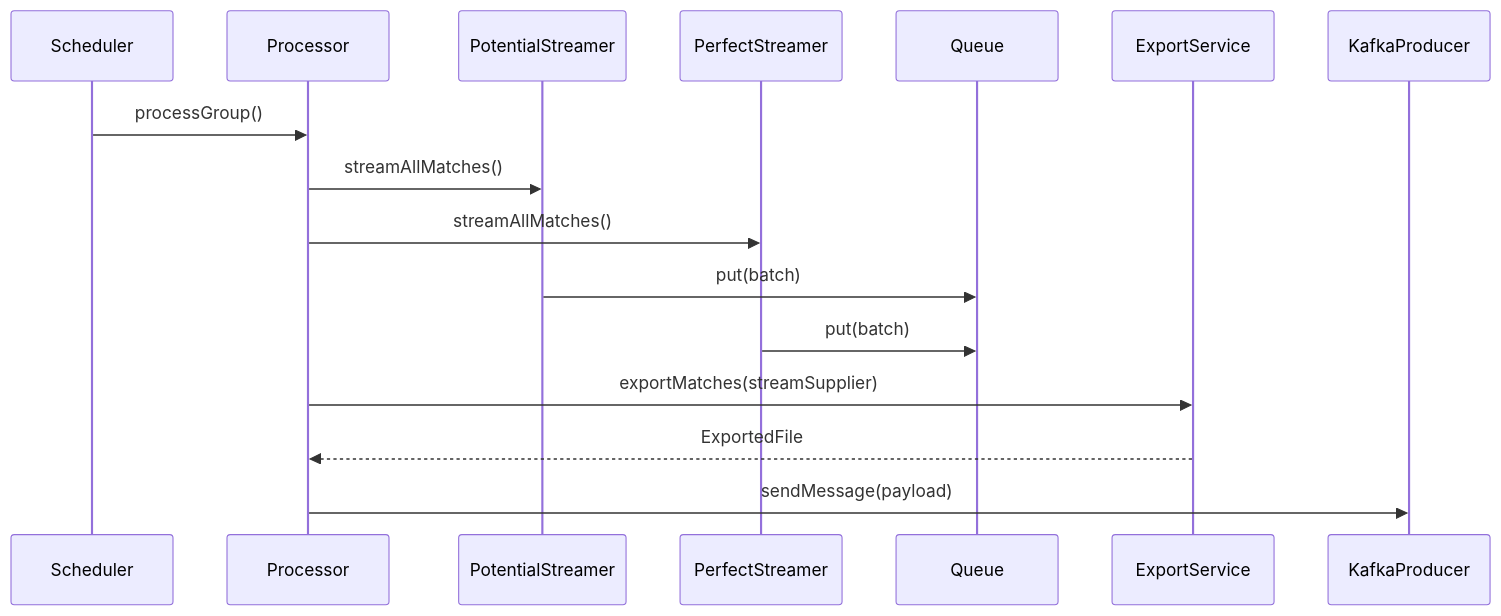
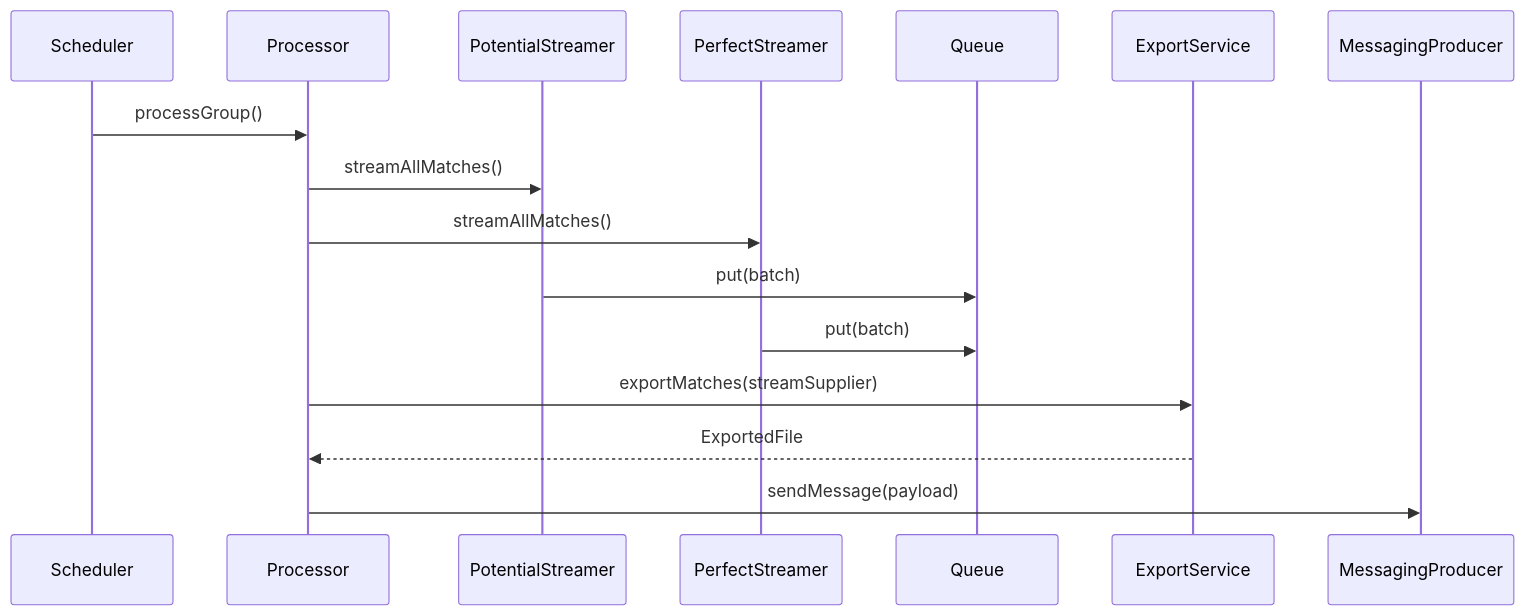
The ninth of 10 diagrams in docs/High Level Designs/MatchesTransfer.md (kagit00/schedule_x), drawn with Mermaid before and after one commit. The commit also changed other lines of this file and 7 other files, not shown here.

````diff
--- a/docs/High Level Designs/MatchesTransfer.md
+++ b/docs/High Level Designs/MatchesTransfer.md
@@ -307,19 +284,19 @@
 ```mermaid
 sequenceDiagram
     participant Scheduler
     participant Processor
     participant PotentialStreamer
     participant PerfectStreamer
     participant Queue
     participant ExportService
-    participant KafkaProducer
+    participant MessagingProducer
 
     Scheduler->>Processor: processGroup()
     Processor->>PotentialStreamer: streamAllMatches()
     Processor->>PerfectStreamer: streamAllMatches()
     PotentialStreamer->>Queue: put(batch)
     PerfectStreamer->>Queue: put(batch)
     Processor->>ExportService: exportMatches(streamSupplier)
     ExportService-->>Processor: ExportedFile
-    Processor->>KafkaProducer: sendMessage(payload)
+    Processor->>MessagingProducer: sendMessage(payload)
 ```
````
